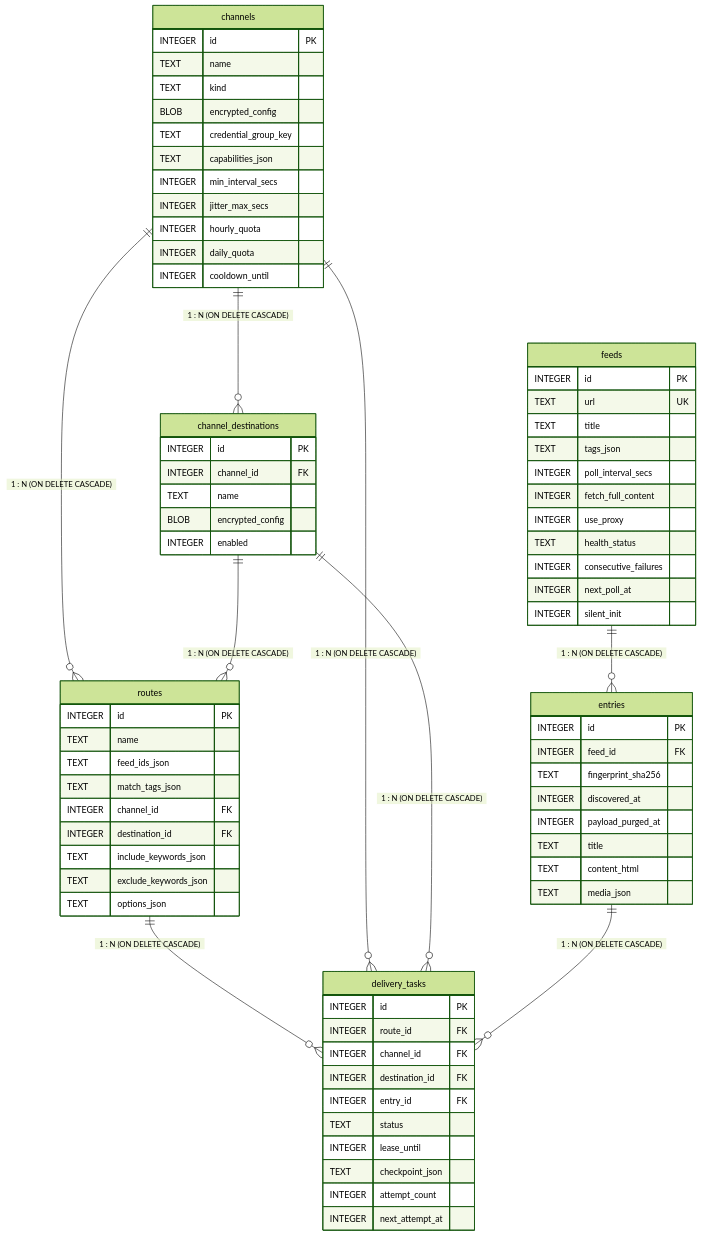
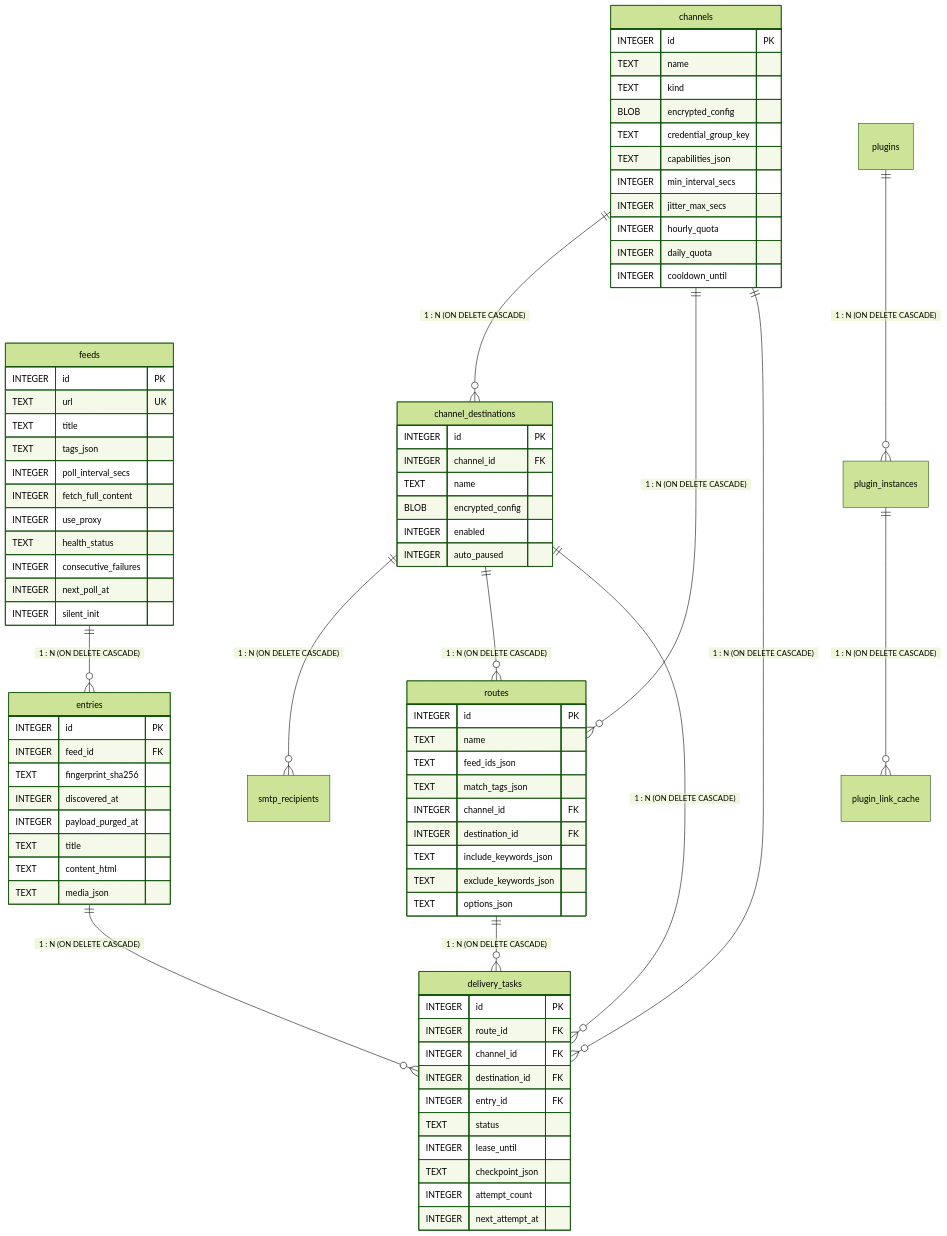
Before and after one commit to ElleryHe/FeedCourier: the diagram in docs/zh/reference/database-schema.md, drawn with Mermaid (forest theme). The commit also changed other lines of this file and 93 other files, not shown here.

First line of the commit message:
release: v0.3.0 — plugin framework, YOURLS link rewrite, SMTP compliance, and Telegram polish (#24)

```diff
--- a/docs/zh/reference/database-schema.md
+++ b/docs/zh/reference/database-schema.md
@@ -14,12 +20,15 @@
 erDiagram
     feeds ||--o{ entries : "1 : N (ON DELETE CASCADE)"
     channels ||--o{ channel_destinations : "1 : N (ON DELETE CASCADE)"
+    channel_destinations ||--o{ smtp_recipients : "1 : N (ON DELETE CASCADE)"
     channels ||--o{ routes : "1 : N (ON DELETE CASCADE)"
     channel_destinations ||--o{ routes : "1 : N (ON DELETE CASCADE)"
     routes ||--o{ delivery_tasks : "1 : N (ON DELETE CASCADE)"
     channels ||--o{ delivery_tasks : "1 : N (ON DELETE CASCADE)"
     channel_destinations ||--o{ delivery_tasks : "1 : N (ON DELETE CASCADE)"
     entries ||--o{ delivery_tasks : "1 : N (ON DELETE CASCADE)"
+    plugins ||--o{ plugin_instances : "1 : N (ON DELETE CASCADE)"
+    plugin_instances ||--o{ plugin_link_cache : "1 : N (ON DELETE CASCADE)"
 
     feeds {
         INTEGER id PK
@@ -66,6 +75,7 @@
         TEXT name
         BLOB encrypted_config
         INTEGER enabled
+        INTEGER auto_paused
     }
 
     routes {
```
